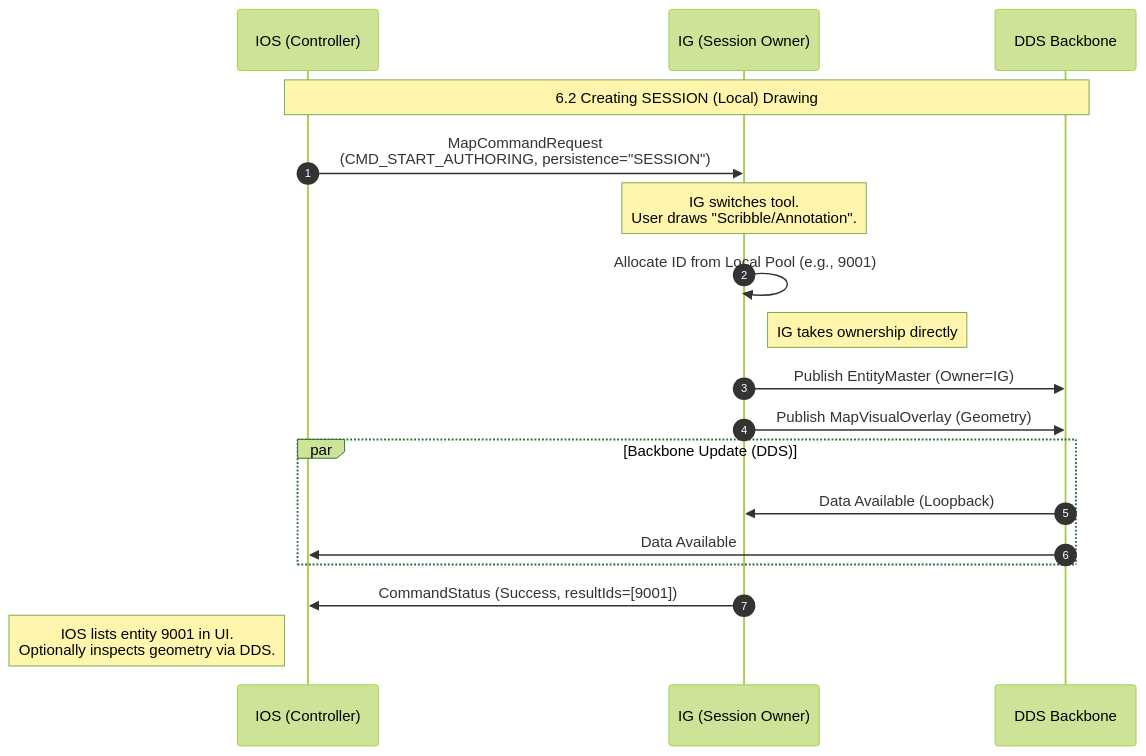
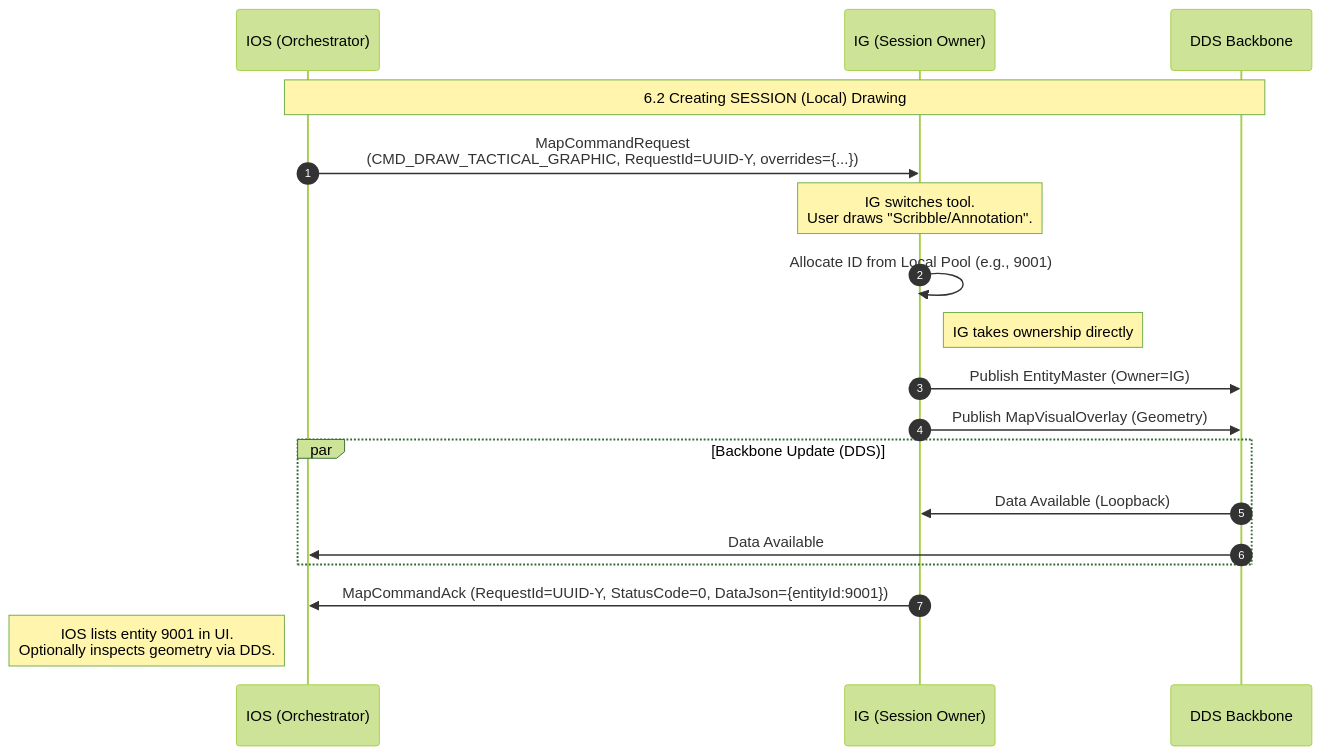
Before and after one commit to pjanec/HROT: the third of 15 diagrams in docs/map-features/map-specs.md, drawn with Mermaid (forest theme). The commit also changed other lines of this file and 1 other file, not shown here.

Commit message:
docs: map-specs updated

```diff
--- a/docs/map-features/map-specs.md
+++ b/docs/map-features/map-specs.md
@@ -331,31 +333,31 @@
 ::: mermaid
 sequenceDiagram
 
     autonumber
-    participant IOS as IOS (Controller)
+    participant IOS as IOS (Orchestrator)
     participant IG as IG (Session Owner)
     participant DDS as DDS Backbone
     
     Note over IOS, DDS: 6.2 Creating SESSION (Local) Drawing
 
 
-    IOS->>IG: MapCommandRequest<br/>(CMD_START_AUTHORING, persistence="SESSION")
+    IOS->>IG: MapCommandRequest<br/>(CMD_DRAW_TACTICAL_GRAPHIC, RequestId=UUID-Y, overrides={...})
     
     Note over IG: IG switches tool.<br/>User draws "Scribble/Annotation".
     
     IG->>IG: Allocate ID from Local Pool (e.g., 9001)
     
     Note right of IG: IG takes ownership directly
     
     IG->>DDS: Publish EntityMaster (Owner=IG)
     
     IG->>DDS: Publish MapVisualOverlay (Geometry)
     
     par Backbone Update (DDS)
         DDS->>IG: Data Available (Loopback)
         DDS->>IOS: Data Available
     end
     
-    IG->>IOS: CommandStatus (Success, resultIds=[9001])
+    IG->>IOS: MapCommandAck (RequestId=UUID-Y, StatusCode=0, DataJson={entityId:9001})
     Note left of IOS: IOS lists entity 9001 in UI.<br/>Optionally inspects geometry via DDS.
 :::
```
